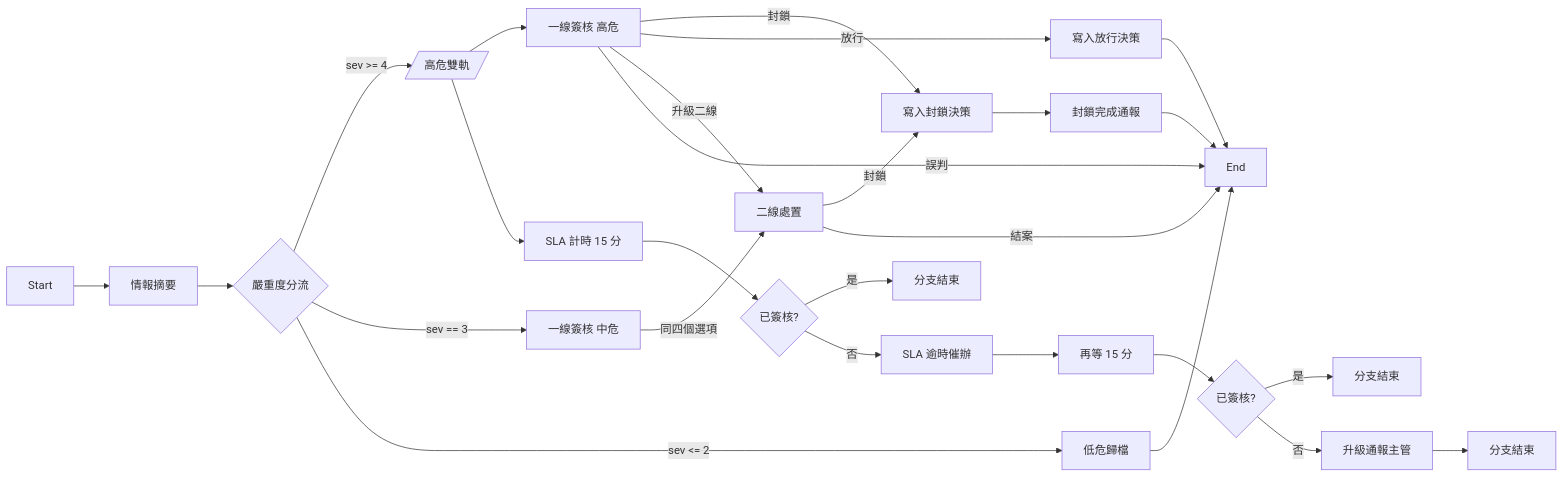
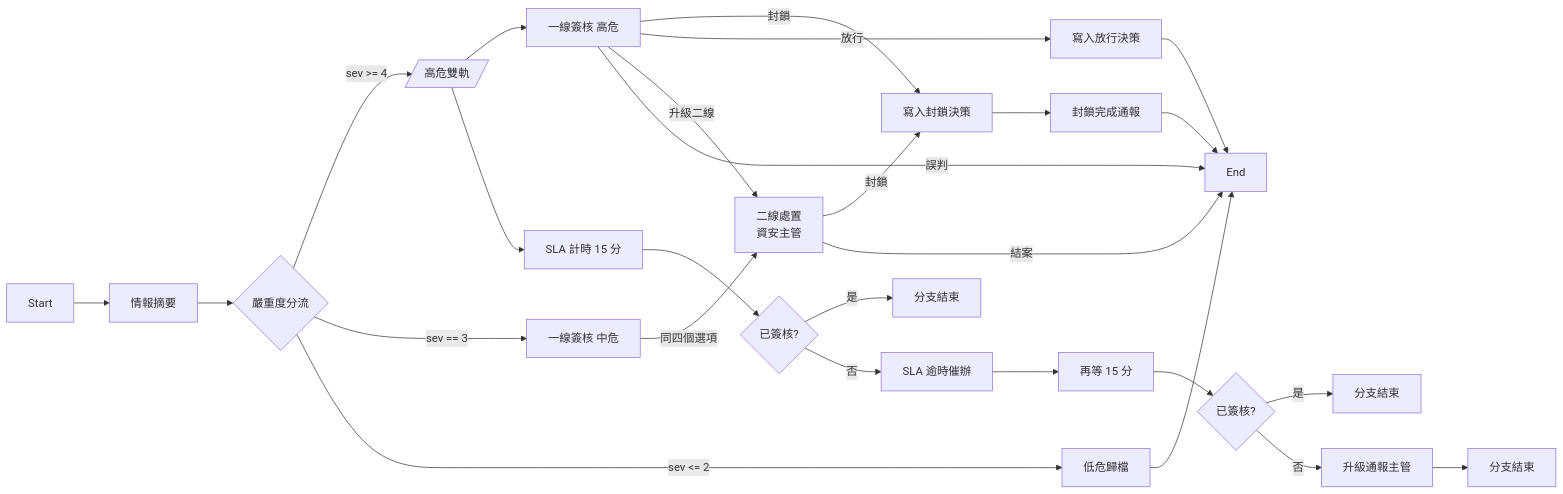
One commit to ethan-beakmask/BeakPlatform changed the second of 3 diagrams in docs/guides/OD_WORKFLOW_VARIANTS.md. Above: the diagram before and after it, drawn with Mermaid. The commit also changed other lines of this file and 1 other file, not shown here.

````diff
--- a/docs/guides/OD_WORKFLOW_VARIANTS.md
+++ b/docs/guides/OD_WORKFLOW_VARIANTS.md
@@ -36,26 +81,26 @@
 ```mermaid
 flowchart LR
     S[Start] --> I[情報摘要]
     I --> B{嚴重度分流}
     B -->|sev >= 4| F[/高危雙軌/]
     B -->|sev == 3| M[一線簽核 中危]
     B -->|sev <= 2| A[低危歸檔] --> E[End]
 
     F --> L1[一線簽核 高危]
     F --> D1[SLA 計時 15 分]
 
     L1 -->|封鎖| BK[寫入封鎖決策] --> AB[封鎖完成通報] --> E
     L1 -->|放行| AL[寫入放行決策] --> E
-    L1 -->|升級二線| L2[二線處置]
+    L1 -->|升級二線| L2[二線處置<br/>資安主管]
     L1 -->|誤判| E
     M -->|同四個選項| L2
 
     L2 -->|封鎖| BK
     L2 -->|結案| E
 
     D1 --> C1{已簽核?}
     C1 -->|是| N1[分支結束]
     C1 -->|否| W1[SLA 逾時催辦] --> D2[再等 15 分] --> C2{已簽核?}
     C2 -->|是| N2[分支結束]
     C2 -->|否| W2[升級通報主管] --> N3[分支結束]
 ```
````
